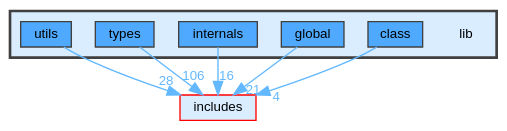
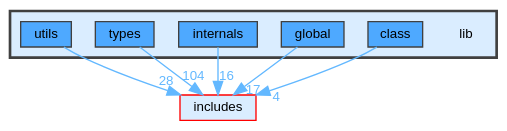
Before and after one commit to JS-CMP/JS-CMP: the diagram in dir_97aefd0d527b934f1d99a682da8fe6a9_dep.dot, drawn with Graphviz. The commit also changed 239 other files, not shown here.

```diff
--- a/dir_97aefd0d527b934f1d99a682da8fe6a9_dep.dot
+++ b/dir_97aefd0d527b934f1d99a682da8fe6a9_dep.dot
@@ -1,23 +1,23 @@
 digraph "lib"
 {
  // LATEX_PDF_SIZE
   bgcolor="transparent";
   edge [fontname=Helvetica,fontsize=10,labelfontname=Helvetica,labelfontsize=10];
   node [fontname=Helvetica,fontsize=10,shape=box,height=0.2,width=0.4];
   compound=true
   subgraph clusterdir_97aefd0d527b934f1d99a682da8fe6a9 {
     graph [ bgcolor="#daedff", pencolor="grey25", label="", fontname=Helvetica,fontsize=10 style="filled,bold", URL="dir_97aefd0d527b934f1d99a682da8fe6a9.html",tooltip=""]
     dir_97aefd0d527b934f1d99a682da8fe6a9 [shape=plaintext, label="lib"];
   dir_285d619cbfa84c6430bdb6c8ccfd6309 [label="class", fillcolor="#4ea9ff", color="grey25", style="filled", URL="dir_285d619cbfa84c6430bdb6c8ccfd6309.html",tooltip=""];
   dir_e5351f453d76e877d7266eb645a452b4 [label="global", fillcolor="#4ea9ff", color="grey25", style="filled", URL="dir_e5351f453d76e877d7266eb645a452b4.html",tooltip=""];
   dir_b676090d228801dd7ffbbb73657bbc43 [label="internals", fillcolor="#4ea9ff", color="grey25", style="filled", URL="dir_b676090d228801dd7ffbbb73657bbc43.html",tooltip=""];
   dir_560694f03ee5bf1136d79e4f1ca1ca37 [label="types", fillcolor="#4ea9ff", color="grey25", style="filled", URL="dir_560694f03ee5bf1136d79e4f1ca1ca37.html",tooltip=""];
   dir_4ce02b87227cef1244bdd1fa3b12a08b [label="utils", fillcolor="#4ea9ff", color="grey25", style="filled", URL="dir_4ce02b87227cef1244bdd1fa3b12a08b.html",tooltip=""];
   }
   dir_09e761304027c904456130627fd4dcf5 [label="includes", fillcolor="#daedff", color="red", style="filled", URL="dir_09e761304027c904456130627fd4dcf5.html",tooltip=""];
-  dir_285d619cbfa84c6430bdb6c8ccfd6309->dir_09e761304027c904456130627fd4dcf5 [headlabel="4", labeldistance=1.5 headhref="dir_000006_000015.html" href="dir_000006_000015.html" color="steelblue1" fontcolor="steelblue1"];
-  dir_e5351f453d76e877d7266eb645a452b4->dir_09e761304027c904456130627fd4dcf5 [headlabel="21", labeldistance=1.5 headhref="dir_000014_000015.html" href="dir_000014_000015.html" color="steelblue1" fontcolor="steelblue1"];
-  dir_b676090d228801dd7ffbbb73657bbc43->dir_09e761304027c904456130627fd4dcf5 [headlabel="16", labeldistance=1.5 headhref="dir_000017_000015.html" href="dir_000017_000015.html" color="steelblue1" fontcolor="steelblue1"];
-  dir_560694f03ee5bf1136d79e4f1ca1ca37->dir_09e761304027c904456130627fd4dcf5 [headlabel="106", labeldistance=1.5 headhref="dir_000033_000015.html" href="dir_000033_000015.html" color="steelblue1" fontcolor="steelblue1"];
-  dir_4ce02b87227cef1244bdd1fa3b12a08b->dir_09e761304027c904456130627fd4dcf5 [headlabel="28", labeldistance=1.5 headhref="dir_000037_000015.html" href="dir_000037_000015.html" color="steelblue1" fontcolor="steelblue1"];
+  dir_285d619cbfa84c6430bdb6c8ccfd6309->dir_09e761304027c904456130627fd4dcf5 [headlabel="4", labeldistance=1.5 headhref="dir_000006_000016.html" href="dir_000006_000016.html" color="steelblue1" fontcolor="steelblue1"];
+  dir_e5351f453d76e877d7266eb645a452b4->dir_09e761304027c904456130627fd4dcf5 [headlabel="17", labeldistance=1.5 headhref="dir_000015_000016.html" href="dir_000015_000016.html" color="steelblue1" fontcolor="steelblue1"];
+  dir_b676090d228801dd7ffbbb73657bbc43->dir_09e761304027c904456130627fd4dcf5 [headlabel="16", labeldistance=1.5 headhref="dir_000018_000016.html" href="dir_000018_000016.html" color="steelblue1" fontcolor="steelblue1"];
+  dir_560694f03ee5bf1136d79e4f1ca1ca37->dir_09e761304027c904456130627fd4dcf5 [headlabel="104", labeldistance=1.5 headhref="dir_000034_000016.html" href="dir_000034_000016.html" color="steelblue1" fontcolor="steelblue1"];
+  dir_4ce02b87227cef1244bdd1fa3b12a08b->dir_09e761304027c904456130627fd4dcf5 [headlabel="28", labeldistance=1.5 headhref="dir_000038_000016.html" href="dir_000038_000016.html" color="steelblue1" fontcolor="steelblue1"];
 }
```
